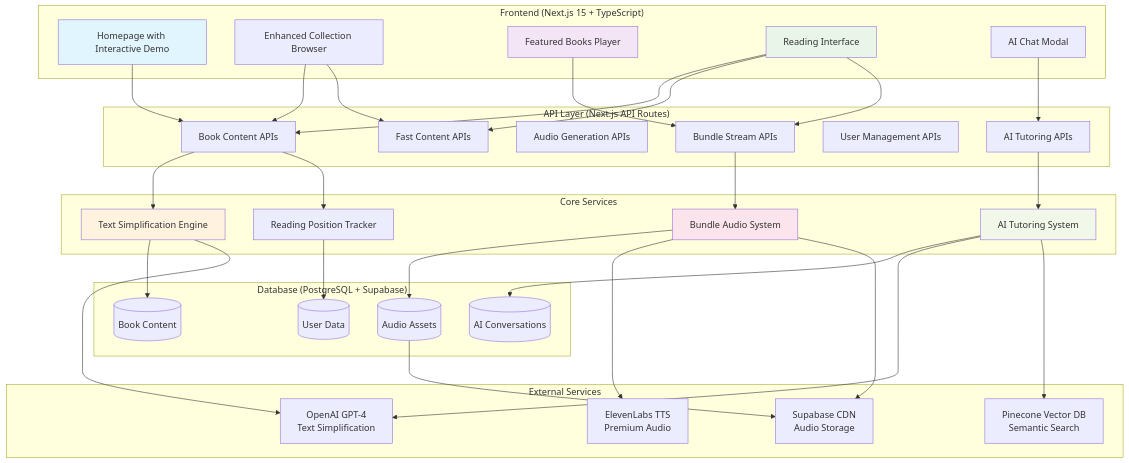
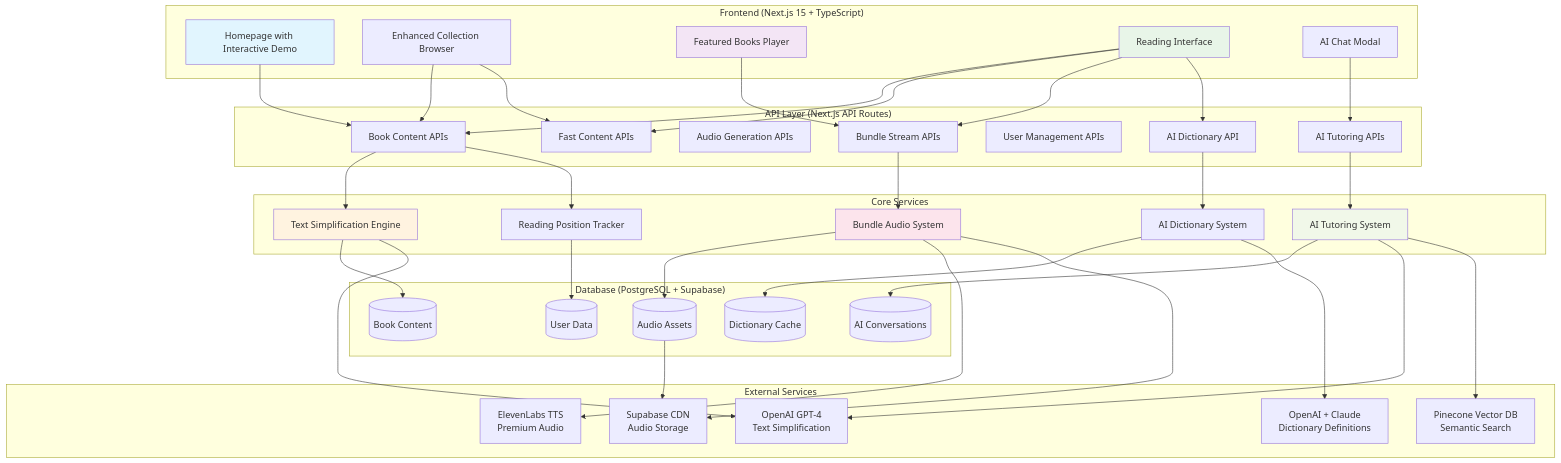
The first of 7 diagrams in docs/implementation/ARCHITECTURE_OVERVIEW.md (francktshibala/bookbridge), drawn with Mermaid before and after one commit. The commit also changed other lines of this file, not shown here.

First line of the commit message:
docs: add comprehensive AI Dictionary system to architecture overview

```diff
--- a/docs/implementation/ARCHITECTURE_OVERVIEW.md
+++ b/docs/implementation/ARCHITECTURE_OVERVIEW.md
@@ -35,6 +35,7 @@
         H[AI Tutoring APIs]
         I[User Management APIs]
         J[Bundle Stream APIs]
+        K1[AI Dictionary API]
     end
 
     %% Core Services
@@ -43,6 +44,7 @@
         L[Bundle Audio System]
         M[AI Tutoring System]
         N[Reading Position Tracker]
+        O1[AI Dictionary System]
     end
 
     %% Database
@@ -51,6 +53,7 @@
         P[(Audio Assets)]
         Q[(User Data)]
         R[(AI Conversations)]
+        S1[(Dictionary Cache)]
     end
 
     %% External Services
@@ -59,6 +62,7 @@
         T[ElevenLabs TTS<br/>Premium Audio]
         U[Pinecone Vector DB<br/>Semantic Search]
         V[Supabase CDN<br/>Audio Storage]
+        W[OpenAI + Claude<br/>Dictionary Definitions]
     end
 
     %% Connections
@@ -69,17 +73,20 @@
     D --> F
     D --> F1
     D --> J
+    D --> K1
     E --> H
 
     F --> K
     J --> L
     H --> M
     F --> N
+    K1 --> O1
 
     K --> O
     L --> P
     M --> R
     N --> Q
+    O1 --> S1
 
     K --> S
     L --> T
@@ -87,6 +94,7 @@
     M --> U
     L --> V
     P --> V
+    O1 --> W
 
     style A fill:#e1f5fe
     style C fill:#f3e5f5
```
